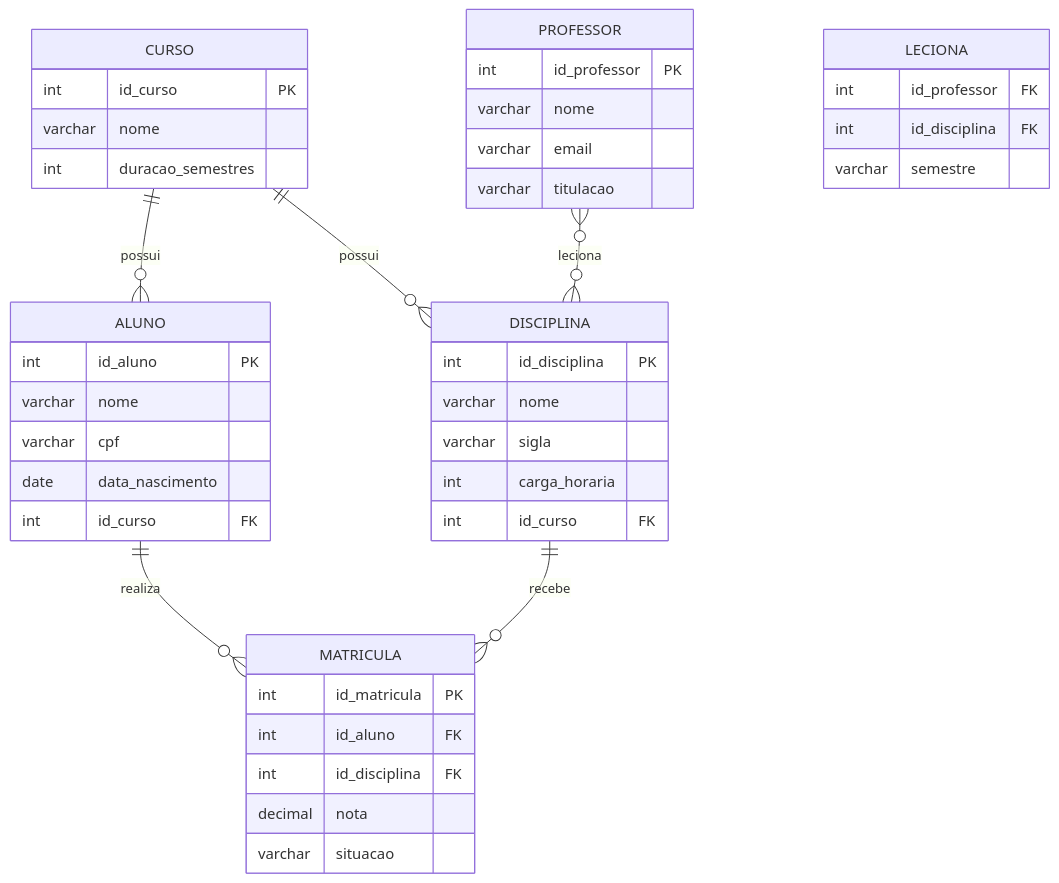
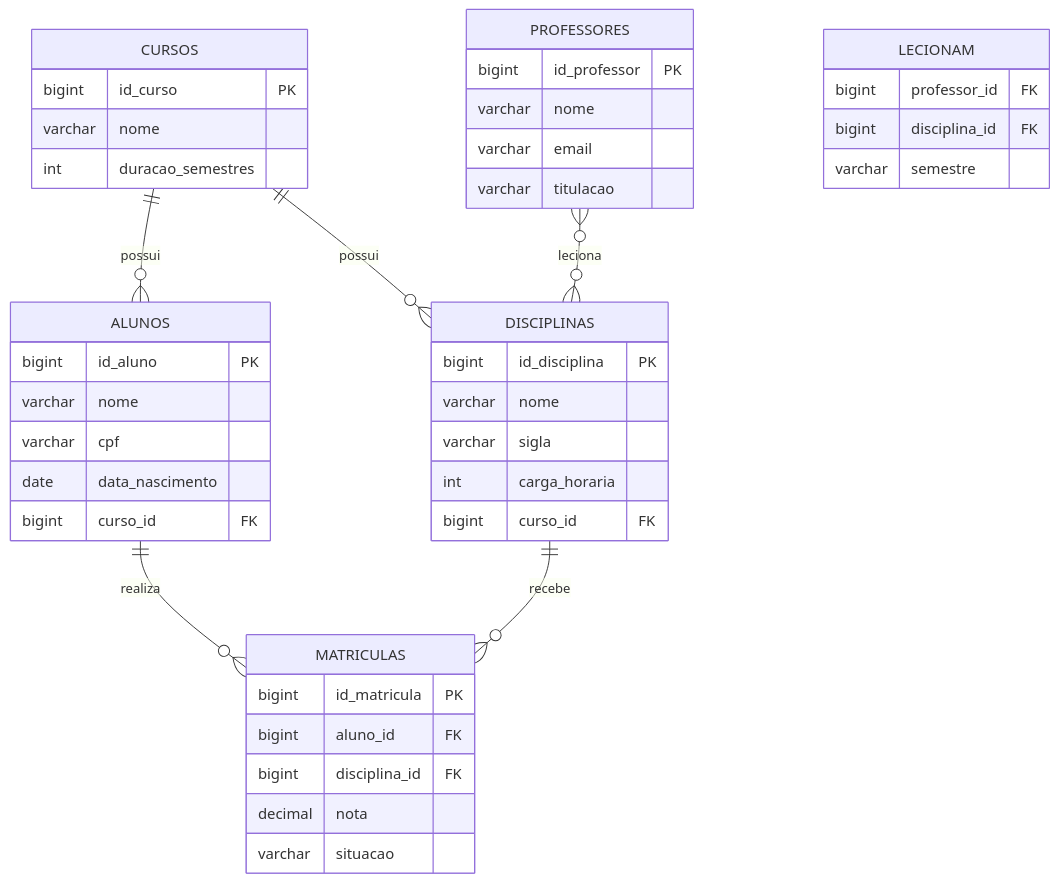
Before and after one commit to DSM-Fatec-Jahu/Banco-de-Dados-Relacional-IBD015: the first of 8 diagrams in aulas/Aula_01_Revisao_Modelagem_Conceitual.md, drawn with Mermaid. The commit also changed other lines of this file, not shown here.

````diff
--- a/aulas/Aula_01_Revisao_Modelagem_Conceitual.md
+++ b/aulas/Aula_01_Revisao_Modelagem_Conceitual.md
@@ -132,51 +132,51 @@
 ```mermaid
 erDiagram
-    CURSO {
-        int id_curso PK
+    CURSOS {
+        bigint id_curso PK
         varchar nome
         int duracao_semestres
     }
 
-    DISCIPLINA {
-        int id_disciplina PK
+    DISCIPLINAS {
+        bigint id_disciplina PK
         varchar nome
         varchar sigla
         int carga_horaria
-        int id_curso FK
+        bigint curso_id FK
     }
 
-    PROFESSOR {
-        int id_professor PK
+    PROFESSORES {
+        bigint id_professor PK
         varchar nome
         varchar email
         varchar titulacao
     }
 
-    ALUNO {
-        int id_aluno PK
+    ALUNOS {
+        bigint id_aluno PK
         varchar nome
         varchar cpf
         date data_nascimento
-        int id_curso FK
+        bigint curso_id FK
     }
 
-    MATRICULA {
-        int id_matricula PK
-        int id_aluno FK
-        int id_disciplina FK
+    MATRICULAS {
+        bigint id_matricula PK
+        bigint aluno_id FK
+        bigint disciplina_id FK
         decimal nota
         varchar situacao
     }
 
-    LECIONA {
-        int id_professor FK
-        int id_disciplina FK
+    LECIONAM {
+        bigint professor_id FK
+        bigint disciplina_id FK
         varchar semestre
     }
 
-    CURSO ||--o{ DISCIPLINA : "possui"
-    CURSO ||--o{ ALUNO : "possui"
-    ALUNO ||--o{ MATRICULA : "realiza"
-    DISCIPLINA ||--o{ MATRICULA : "recebe"
-    PROFESSOR }o--o{ DISCIPLINA : "leciona"
+    CURSOS ||--o{ DISCIPLINAS : "possui"
+    CURSOS ||--o{ ALUNOS : "possui"
+    ALUNOS ||--o{ MATRICULAS : "realiza"
+    DISCIPLINAS ||--o{ MATRICULAS : "recebe"
+    PROFESSORES }o--o{ DISCIPLINAS : "leciona"
 ```
````
